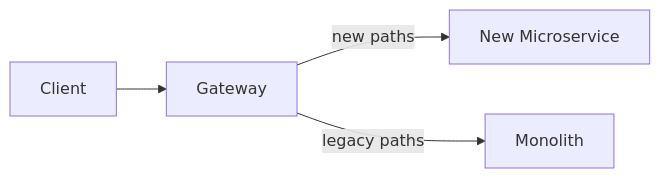
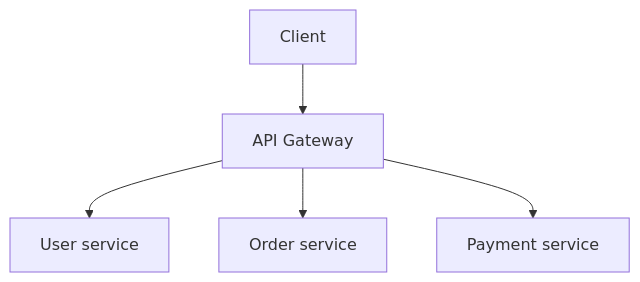
The seventh of 30 diagrams in 08-microservices/README.md (hareramcse/SystemDesign), drawn with Mermaid before and after one commit. The commit also changed other lines of this file, not shown here.

````diff
--- a/08-microservices/README.md
+++ b/08-microservices/README.md
@@ -382,6 +439,7 @@
 ```mermaid
-flowchart LR
-    Client --> GW[Gateway]
-    GW -->|new paths| MS[New Microservice]
-    GW -->|legacy paths| Mono[Monolith]
+flowchart TB
+    C[Client] --> GW[API Gateway]
+    GW --> US[User service]
+    GW --> OS[Order service]
+    GW --> PS[Payment service]
 ```
````
